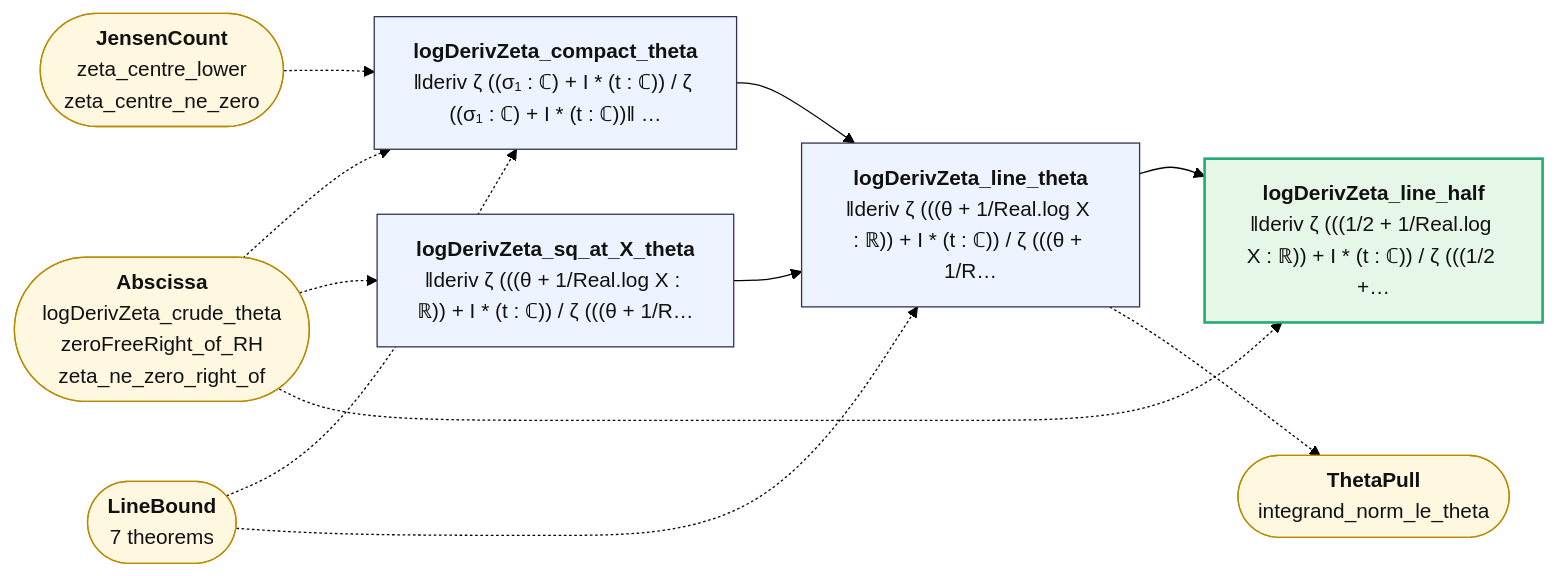
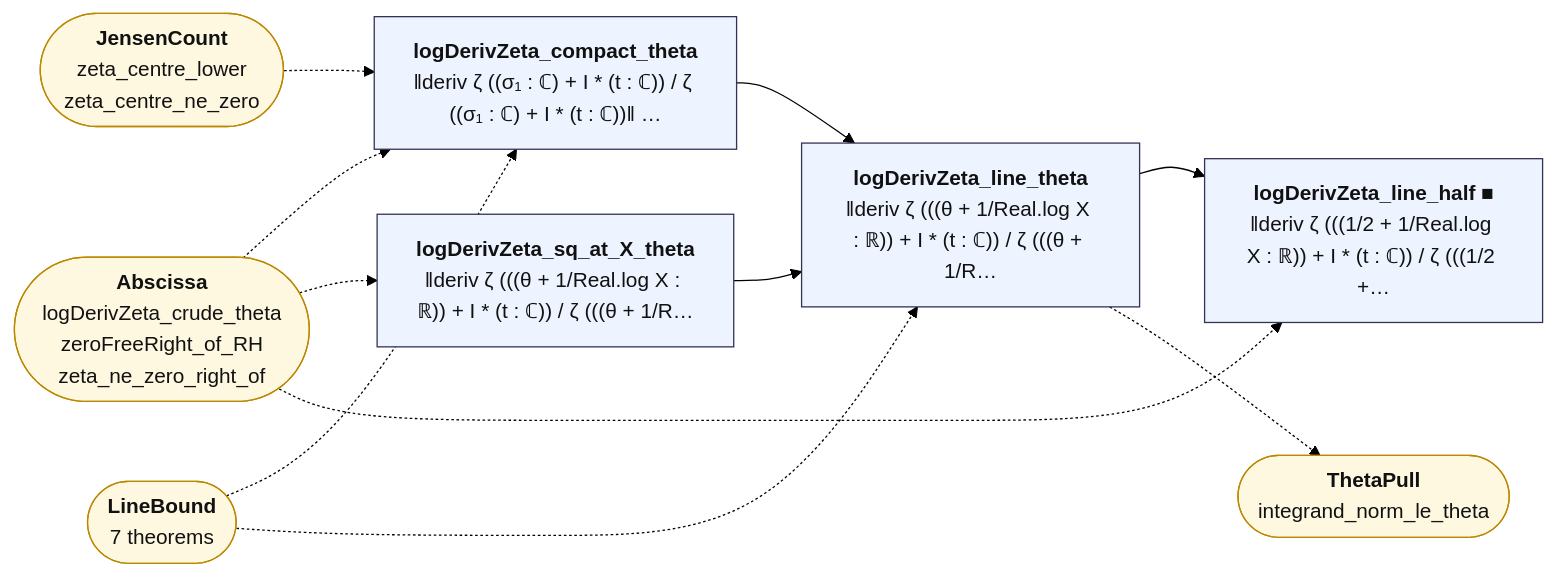
One commit to juliansambranojr/Primebeat_081426 changed the diagram in map/lean_stage3/ThetaLine.md. Above: the diagram before and after it, drawn with Mermaid (forest theme). The commit also changed other lines of this file and 398 other files, not shown here.

````diff
--- a/map/lean_stage3/ThetaLine.md
+++ b/map/lean_stage3/ThetaLine.md
@@ -12,26 +12,29 @@
 ```mermaid
 flowchart LR
   n0["<b>logDerivZeta_compact_theta</b><br/>‖deriv ζ ((σ₁ : ℂ) + I * (t : ℂ)) / ζ ((σ₁ : ℂ) + I * (t : ℂ))‖ …"]:::thm
   n1["<b>logDerivZeta_sq_at_X_theta</b><br/>‖deriv ζ (((θ + 1/Real.log X : ℝ)) + I * (t : ℂ)) / ζ (((θ + 1/R…"]:::thm
   n2["<b>logDerivZeta_line_theta</b><br/>‖deriv ζ (((θ + 1/Real.log X : ℝ)) + I * (t : ℂ)) / ζ (((θ + 1/R…"]:::thm
-  n3["<b>logDerivZeta_line_half</b><br/>‖deriv ζ (((1/2 + 1/Real.log X : ℝ)) + I * (t : ℂ)) / ζ (((1/2 +…"]:::end_
+  n3["<b>logDerivZeta_line_half ■</b><br/>‖deriv ζ (((1/2 + 1/Real.log X : ℝ)) + I * (t : ℂ)) / ζ (((1/2 +…"]:::thm
   x0(["<b>Abscissa</b><br/>logDerivZeta_crude_theta<br/>zeroFreeRight_of_RH<br/>zeta_ne_zero_right_of"]):::ext
   x1(["<b>JensenCount</b><br/>zeta_centre_lower<br/>zeta_centre_ne_zero"]):::ext
   x2(["<b>LineBound</b><br/>7 theorems"]):::ext
   x3(["<b>ThetaPull</b><br/>integrand_norm_le_theta"]):::ext
   n0 --> n2
   n1 --> n2
   n2 --> n3
   n2 -.-> x3
   x0 -.-> n0
   x0 -.-> n1
   x0 -.-> n3
   x1 -.-> n0
   x2 -.-> n0
   x2 -.-> n2
+  classDef cnt fill:#dff5ec,stroke:#17694a,color:#111
+  classDef shp fill:#f1ecfb,stroke:#5b3fa0,color:#111
+  classDef rh fill:#ffe5e5,stroke:#c22,color:#111,stroke-width:2px
   classDef thm fill:#eef4ff,stroke:#335,color:#111
   classDef end_ fill:#e7f7e7,stroke:#2a7,color:#111,stroke-width:2px
   classDef lone fill:#fff,stroke:#999,color:#111,stroke-dasharray:4 3
   classDef bad fill:#ffe5e5,stroke:#c22,color:#111,stroke-width:2px
   classDef ext fill:#fff8e1,stroke:#b80,color:#111
 ```
````
